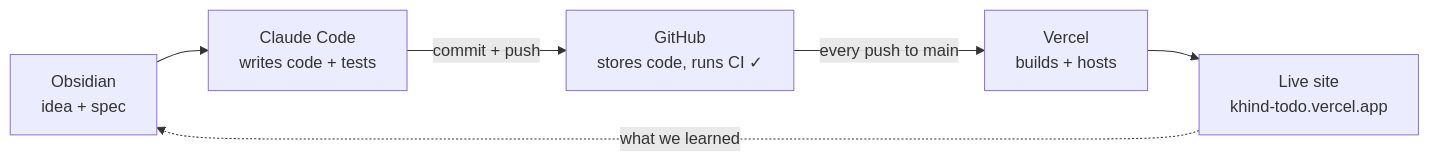
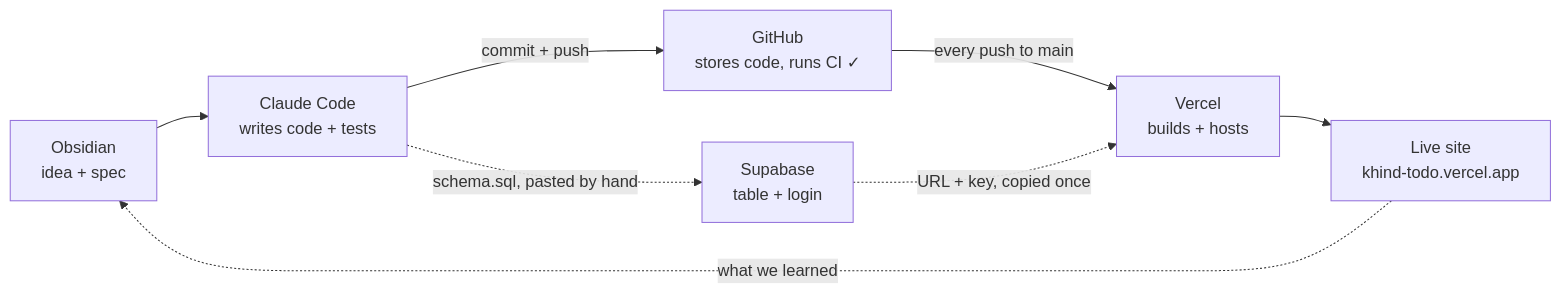
The first of 2 diagrams in notes/04 How it works.md (khinddigitaldev/khind-todo), drawn with Mermaid before and after one commit. The commit also changed other lines of this file, not shown here.

Commit message:
Notes: show Supabase's by-hand steps in the build loop diagram

````diff
--- a/notes/04 How it works.md
+++ b/notes/04 How it works.md
@@ -7,8 +7,10 @@
 ```mermaid
 flowchart LR
     O["Obsidian<br/>idea + spec"] --> C["Claude Code<br/>writes code + tests"]
     C -->|commit + push| G["GitHub<br/>stores code, runs CI ✓"]
     G -->|every push to main| V["Vercel<br/>builds + hosts"]
     V --> L["Live site<br/>khind-todo.vercel.app"]
     L -.->|what we learned| O
+    C -.->|schema.sql, pasted by hand| S["Supabase<br/>table + login"]
+    S -.->|URL + key, copied once| V
 ```
````
